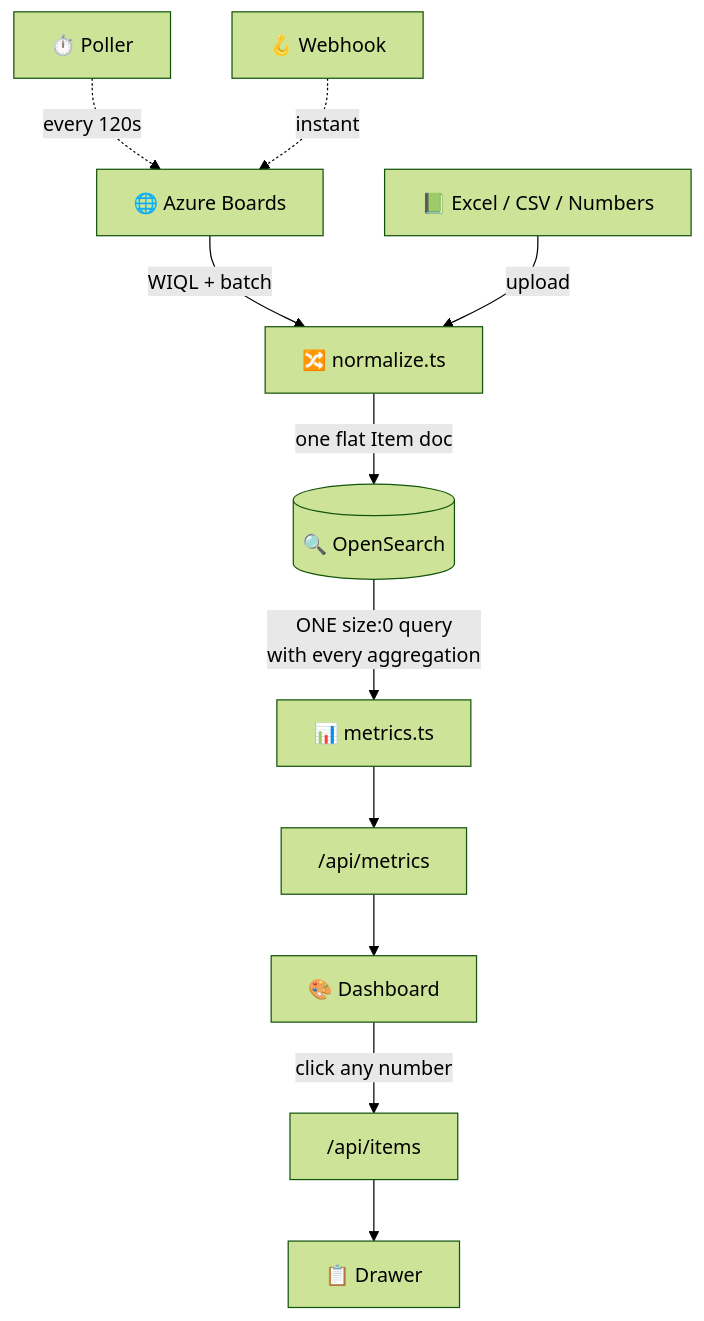
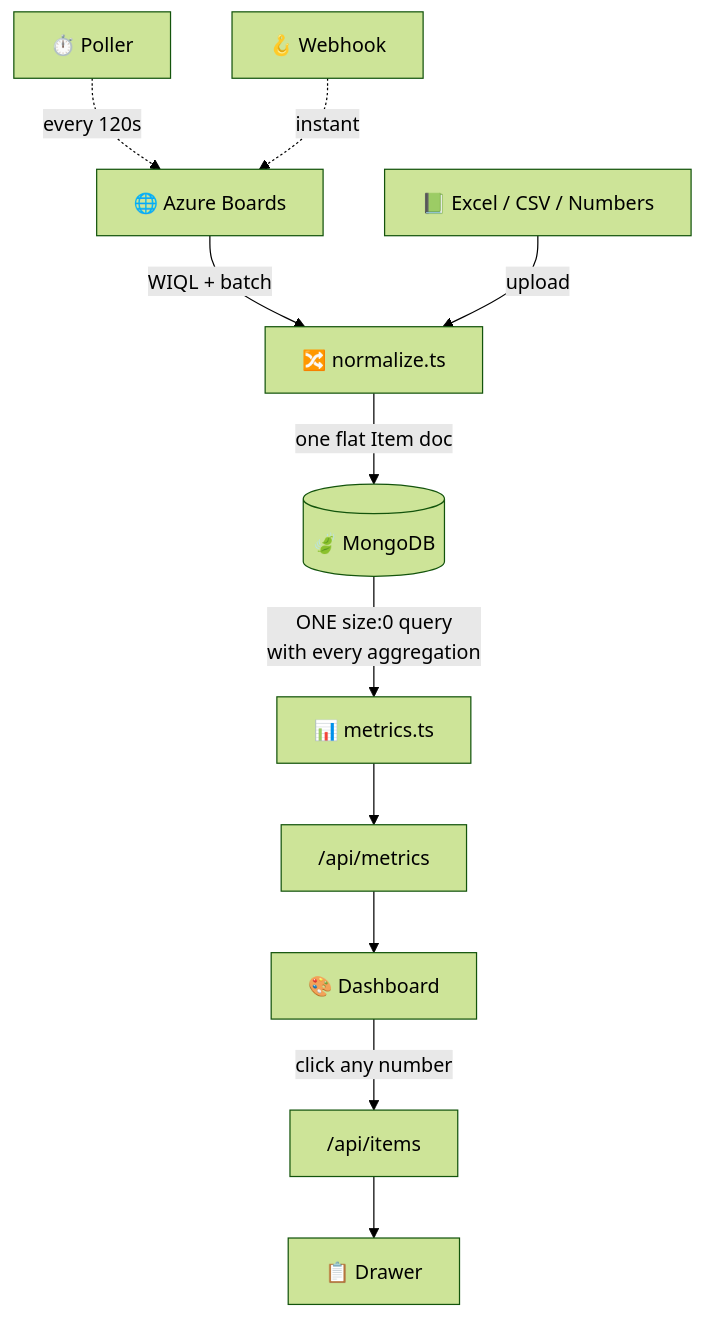
Before and after one commit to vikrant111/tracker-dashboard: the second of 3 diagrams in README.md, drawn with Mermaid (forest theme). The commit also changed other lines of this file and 61 other files, not shown here.

````diff
--- a/README.md
+++ b/README.md
@@ -245,13 +245,13 @@
 ```mermaid
 flowchart TD
     A["🌐 Azure Boards"] -->|"WIQL + batch"| N["🔀 normalize.ts"]
     B["📗 Excel / CSV / Numbers"] -->|"upload"| N
-    N -->|"one flat Item doc"| O[("🔍 OpenSearch")]
+    N -->|"one flat Item doc"| O[("🍃 MongoDB")]
     O -->|"ONE size:0 query<br/>with every aggregation"| M["📊 metrics.ts"]
     M --> API["/api/metrics"]
     API --> UI["🎨 Dashboard"]
     UI -->|"click any number"| I["/api/items"]
     I --> DR["📋 Drawer"]
     P["⏱️ Poller"] -.->|"every 120s"| A
     W["🪝 Webhook"] -.->|"instant"| A
 ```
````
